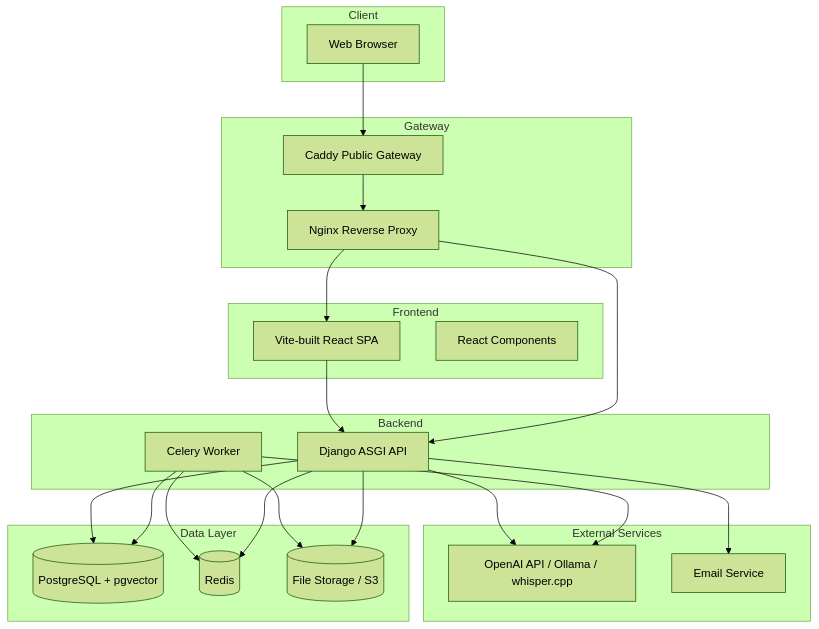
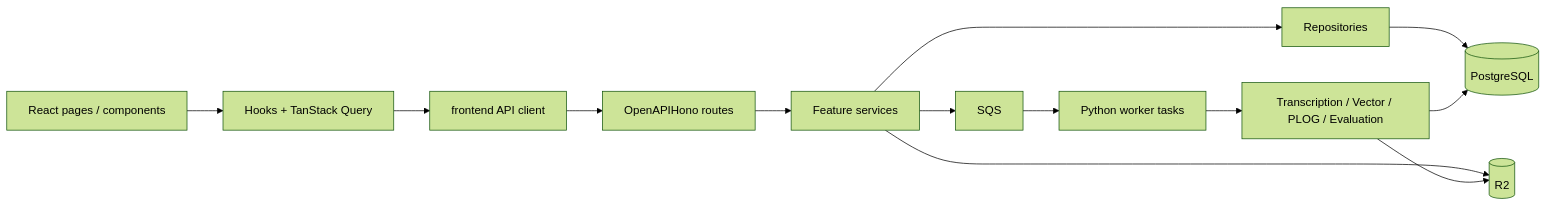
Before and after one commit to yukiharada1228/videoq: the first of 3 diagrams in docs/design/component-diagram.md, drawn with Mermaid (forest theme). The commit also changed other lines of this file and 844 other files, not shown here.

````diff
--- a/docs/design/component-diagram.md
+++ b/docs/design/component-diagram.md
@@ -435,47 +5,15 @@
 ```mermaid
-graph TB
-    subgraph Client["Client"]
-        Browser[Web Browser]
-    end
-    
-    subgraph Frontend["Frontend"]
-        FrontendSPA[Vite-built React SPA]
-        ReactComponents[React Components]
-    end
-    
-    subgraph Gateway["Gateway"]
-        Caddy[Caddy Public Gateway]
-        Nginx[Nginx Reverse Proxy]
-    end
-    
-    subgraph Backend["Backend"]
-        DjangoAPI[Django ASGI API]
-        CeleryWorker[Celery Worker]
-    end
-    
-    subgraph Data["Data Layer"]
-        PostgreSQL[(PostgreSQL + pgvector)]
-        Redis[(Redis)]
-        FileStorage[(File Storage / S3)]
-    end
-    
-    subgraph External["External Services"]
-        OpenAI[OpenAI API / Ollama / whisper.cpp]
-        EmailService[Email Service]
-    end
-    
-    Browser --> Caddy
-    Caddy --> Nginx
-    Nginx --> FrontendSPA
-    Nginx --> DjangoAPI
-    FrontendSPA --> DjangoAPI
-    DjangoAPI --> Redis
-    DjangoAPI --> FileStorage
-    CeleryWorker --> Redis
-    CeleryWorker --> PostgreSQL
-    CeleryWorker --> FileStorage
-    CeleryWorker --> OpenAI
-    DjangoAPI --> OpenAI
-    DjangoAPI --> EmailService
-    DjangoAPI --> PostgreSQL
+flowchart LR
+    UI[React pages / components] --> Hooks[Hooks + TanStack Query]
+    Hooks --> Client[frontend API client]
+    Client --> Routes[OpenAPIHono routes]
+    Routes --> Services[Feature services]
+    Services --> Repositories[Repositories]
+    Repositories --> DB[(PostgreSQL)]
+    Services --> R2[(R2)]
+    Services --> SQS[SQS]
+    SQS --> Tasks[Python worker tasks]
+    Tasks --> Pipelines[Transcription / Vector / PLOG / Evaluation]
+    Pipelines --> DB
+    Pipelines --> R2
 ```
````
